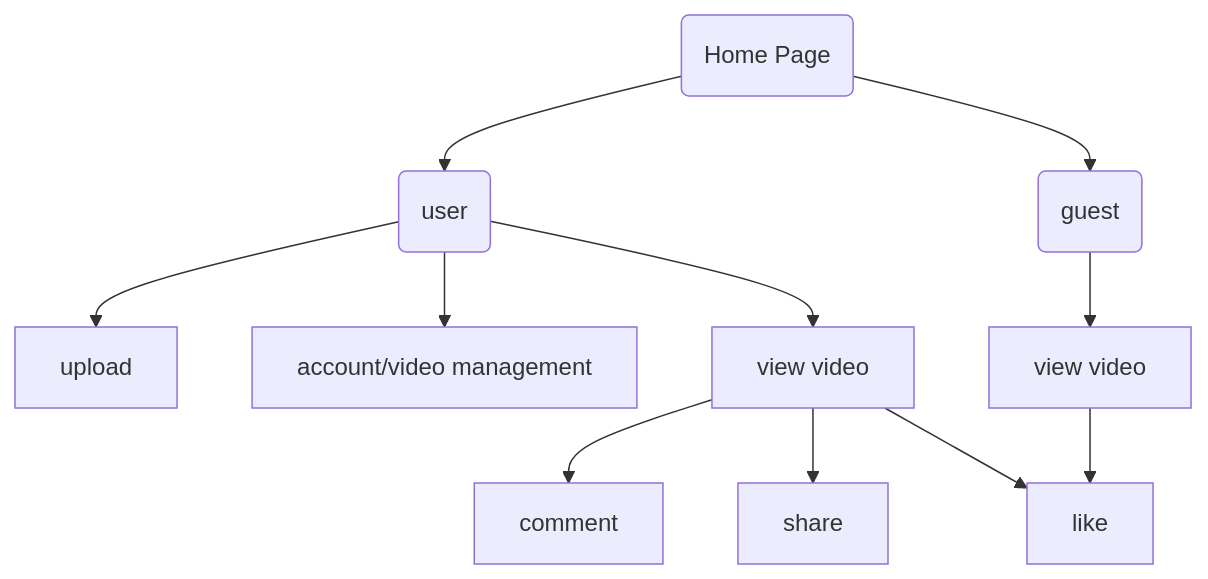
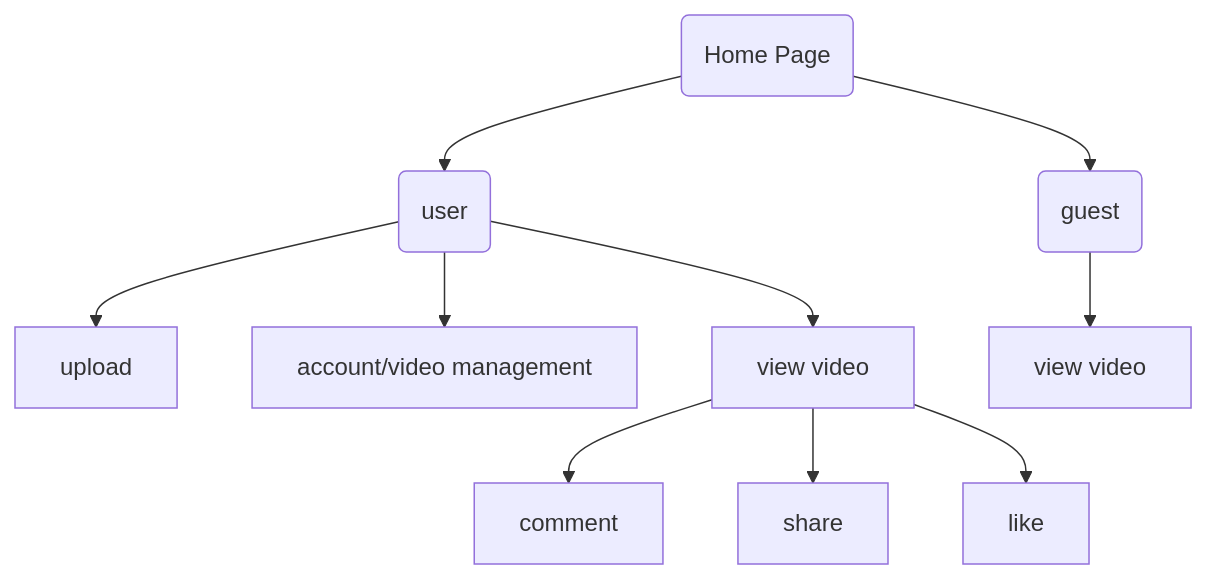
Before and after one commit to Frig00/Cloud-Computing-Project: the diagram in docs/usecase.mmd, drawn with Mermaid. The commit also changed other lines of this file, not shown here.

```diff
--- a/docs/usecase.mmd
+++ b/docs/usecase.mmd
@@ -1,16 +1,15 @@
 flowchart TD
 
 hp(Home Page)
 hp-->u(user)
 hp-->g(guest)
 
 u-->up[upload]
 u-->m[account/video management]
 u-->view[view video]
 
 g-->view1[view video]
 
 view-->c[comment]
 view-->s[share]
 view-->l[like]
-view1-->l
```
